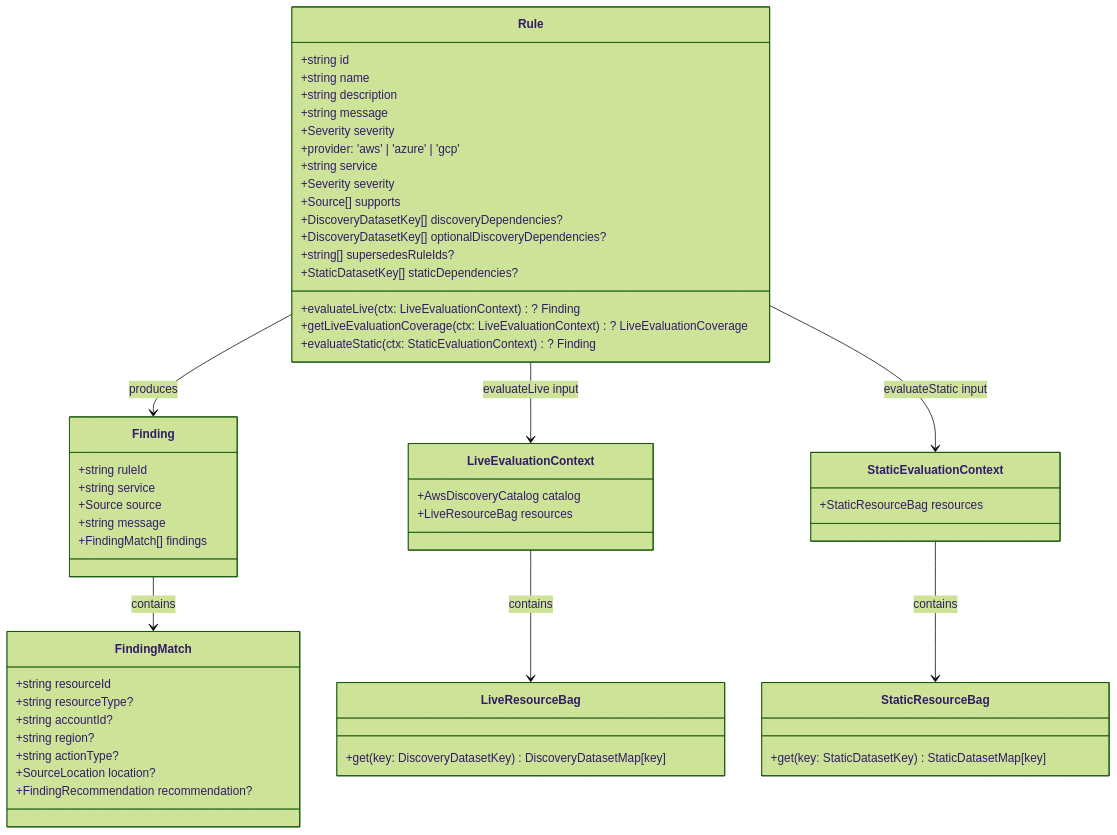
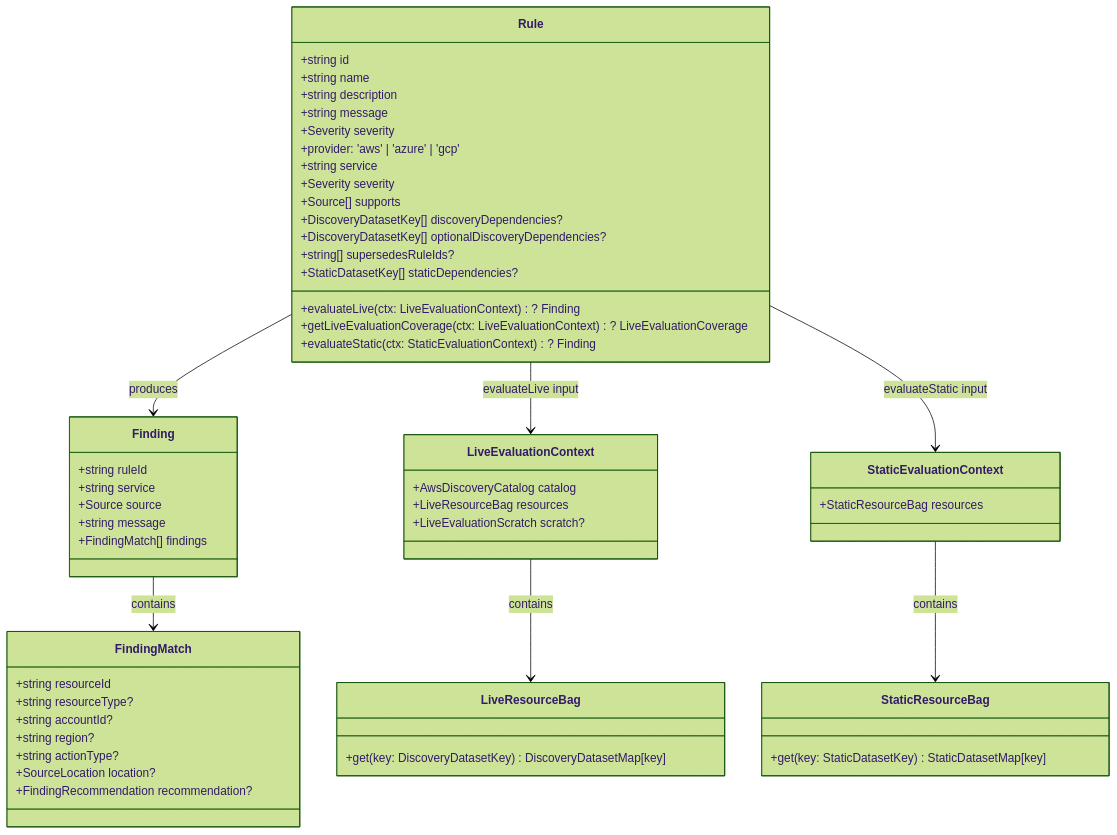
The first of 2 diagrams in docs/architecture/rules.md (towardsthecloud/cloudburn), drawn with Mermaid (forest theme) before and after one commit. The commit also changed other lines of this file and 13 other files, not shown here.

First line of the commit message:
perf(sdk): share live-evaluation indexes between rule callbacks (#327)

````diff
--- a/docs/architecture/rules.md
+++ b/docs/architecture/rules.md
@@ -5,63 +5,64 @@
 ```mermaid
 classDiagram
   class Rule {
     +string id
     +string name
     +string description
     +string message
     +Severity severity
     +provider: 'aws' | 'azure' | 'gcp'
     +string service
     +Severity severity
     +Source[] supports
     +DiscoveryDatasetKey[] discoveryDependencies?
     +DiscoveryDatasetKey[] optionalDiscoveryDependencies?
     +string[] supersedesRuleIds?
     +StaticDatasetKey[] staticDependencies?
     +evaluateLive(ctx: LiveEvaluationContext)? Finding
     +getLiveEvaluationCoverage(ctx: LiveEvaluationContext)? LiveEvaluationCoverage
     +evaluateStatic(ctx: StaticEvaluationContext)? Finding
   }
 
   class Finding {
     +string ruleId
     +string service
     +Source source
     +string message
     +FindingMatch[] findings
   }
 
   class FindingMatch {
     +string resourceId
     +string resourceType?
     +string accountId?
     +string region?
     +string actionType?
     +SourceLocation location?
     +FindingRecommendation recommendation?
   }
 
   class LiveEvaluationContext {
     +AwsDiscoveryCatalog catalog
     +LiveResourceBag resources
+    +LiveEvaluationScratch scratch?
   }
 
   class LiveResourceBag {
     +get(key: DiscoveryDatasetKey) DiscoveryDatasetMap[key]
   }
 
   class StaticResourceBag {
     +get(key: StaticDatasetKey) StaticDatasetMap[key]
   }
 
   class StaticEvaluationContext {
     +StaticResourceBag resources
   }
 
   Rule --> Finding : produces
   Finding --> FindingMatch : contains
   Rule --> LiveEvaluationContext : evaluateLive input
   LiveEvaluationContext --> LiveResourceBag : contains
   Rule --> StaticEvaluationContext : evaluateStatic input
   StaticEvaluationContext --> StaticResourceBag : contains
 ```
````
